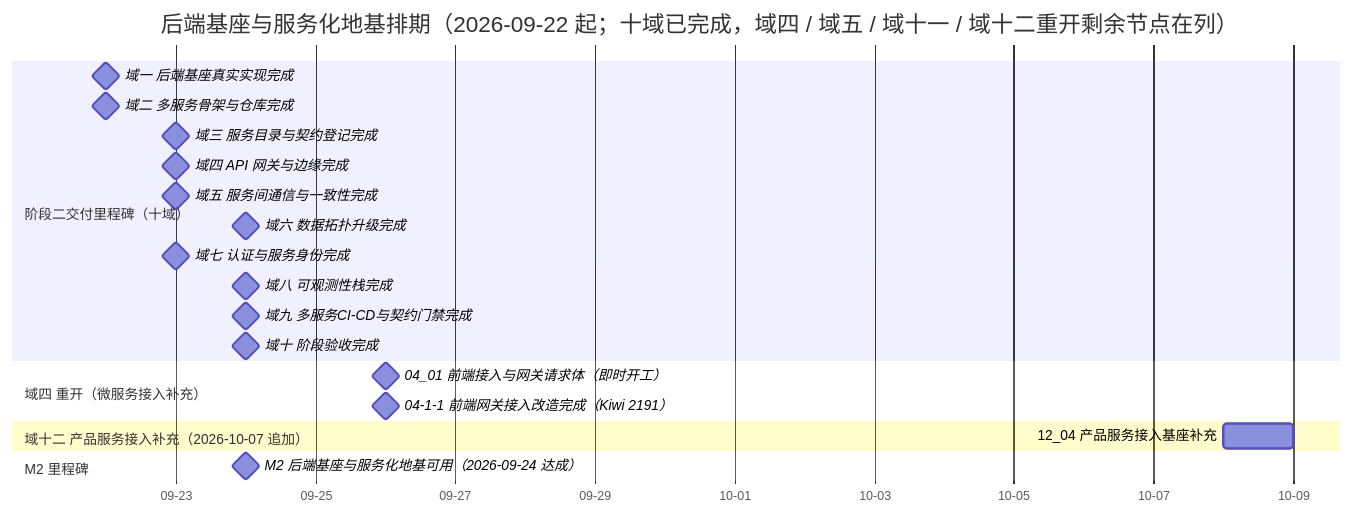
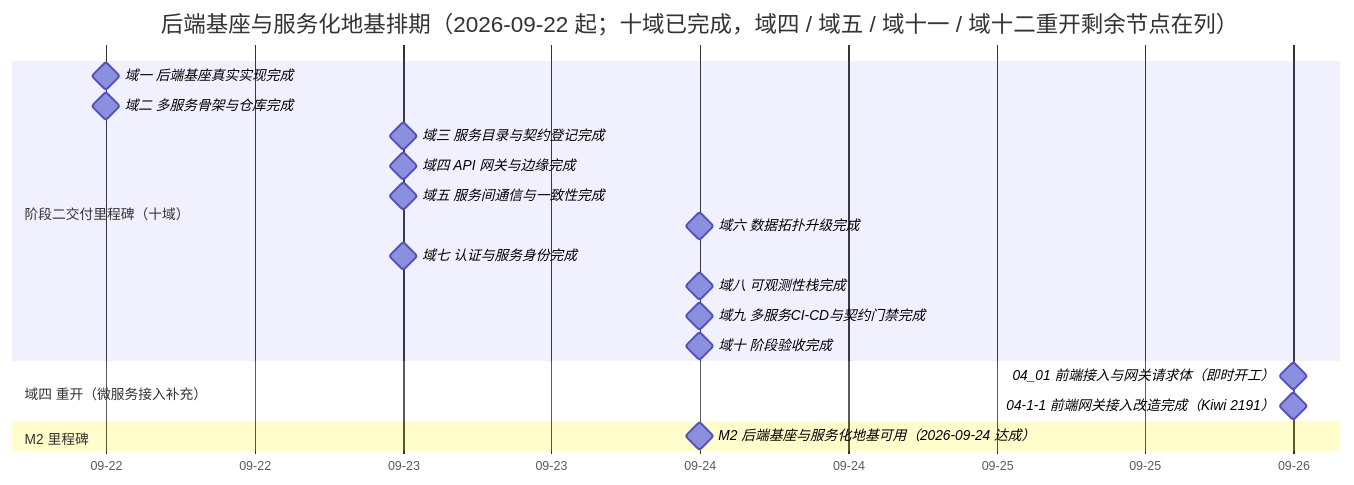
The diagram in bms文档/项目/02_后端基座与服务化地基/计划/01_计划_后端基座与服务化地基.md (minjian123/basic-management-system), drawn with Mermaid before and after one commit. The commit also changed other lines of this file and 3 other files, not shown here.

````diff
--- a/bms文档/项目/02_后端基座与服务化地基/计划/01_计划_后端基座与服务化地基.md
+++ b/bms文档/项目/02_后端基座与服务化地基/计划/01_计划_后端基座与服务化地基.md
@@ -73,24 +72,22 @@
 ```mermaid
 gantt
     title 后端基座与服务化地基排期（2026-09-22 起；十域已完成，域四 / 域五 / 域十一 / 域十二重开剩余节点在列）
     dateFormat  YYYY-MM-DD
     axisFormat %m-%d
     section 阶段二交付里程碑（十域）
     域一 后端基座真实实现完成 :milestone, m01, 2026-09-22, 0d
     域二 多服务骨架与仓库完成 :milestone, m02, 2026-09-22, 0d
     域三 服务目录与契约登记完成 :milestone, m03, 2026-09-23, 0d
     域四 API 网关与边缘完成 :milestone, m04, 2026-09-23, 0d
     域五 服务间通信与一致性完成 :milestone, m05, 2026-09-23, 0d
     域六 数据拓扑升级完成 :milestone, m06, 2026-09-24, 0d
     域七 认证与服务身份完成 :milestone, m07, 2026-09-23, 0d
     域八 可观测性栈完成 :milestone, m08, 2026-09-24, 0d
     域九 多服务CI-CD与契约门禁完成 :milestone, m09, 2026-09-24, 0d
     域十 阶段验收完成 :milestone, m10, 2026-09-24, 0d
     section 域四 重开（微服务接入补充）
     04_01 前端接入与网关请求体（即时开工） :milestone, m0401x, 2026-09-26, 0d
     04-1-1 前端网关接入改造完成（Kiwi 2191） :milestone, m0401a, 2026-09-26, 0d
-    section 域十二 产品服务接入补充（2026-10-07 追加）
-    12_04 产品服务接入基座补充 :m1204, 2026-10-08, 1d
     section M2 里程碑
     M2 后端基座与服务化地基可用（2026-09-24 达成） :milestone, mm2, 2026-09-24, 0d
 ```
````
